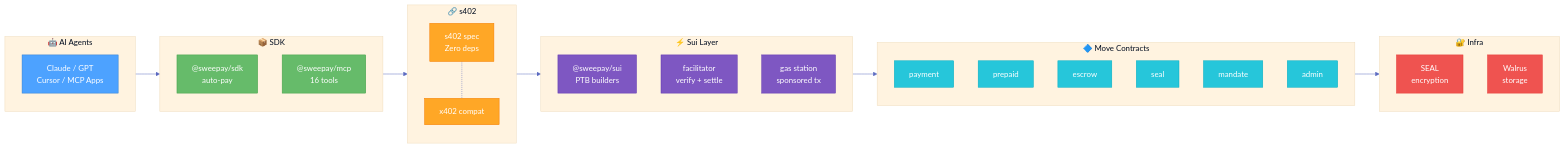
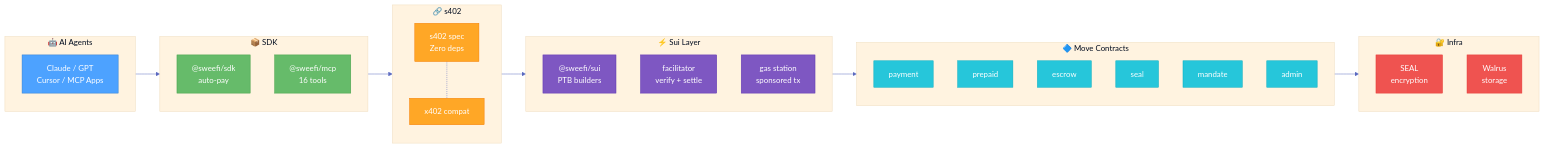
One commit to sweeinc/sweefi changed the diagram in docs/architecture.mmd. Above: the diagram before and after it, drawn with Mermaid. The commit also changed 139 other files, not shown here.

First line of the commit message:
refactor: rename @sweepay/* → @sweefi/* across monorepo (v7 rebrand)

```diff
--- a/docs/architecture.mmd
+++ b/docs/architecture.mmd
@@ -1,53 +1,53 @@
 %%{init: {'theme': 'base', 'themeVariables': { 'primaryColor': '#4DA2FF', 'primaryTextColor': '#fff', 'primaryBorderColor': '#2D7DD2', 'lineColor': '#5C6BC0', 'secondaryColor': '#E8F5E9', 'tertiaryColor': '#FFF3E0', 'fontFamily': 'Inter, system-ui, sans-serif' }}}%%
 
 graph LR
     subgraph AGENTS["🤖 AI Agents"]
         A1["Claude / GPT<br/>Cursor / MCP Apps"]
     end
 
     subgraph SDK["📦 SDK"]
-        FETCH["@sweepay/sdk<br/>auto-pay"]
-        MCP["@sweepay/mcp<br/>16 tools"]
+        FETCH["@sweefi/sdk<br/>auto-pay"]
+        MCP["@sweefi/mcp<br/>16 tools"]
     end
 
     subgraph PROTOCOL["🔗 s402"]
         CORE["s402 spec<br/>Zero deps"]
         COMPAT["x402 compat"]
     end
 
     subgraph SUI["⚡ Sui Layer"]
-        PTB["@sweepay/sui<br/>PTB builders"]
+        PTB["@sweefi/sui<br/>PTB builders"]
         FAC["facilitator<br/>verify + settle"]
         GAS["gas station<br/>sponsored tx"]
     end
 
     subgraph CHAIN["🔷 Move Contracts"]
         PAY["payment"]
         PRE["prepaid"]
         ESC["escrow"]
         SEAL_M["seal"]
         MAN["mandate"]
         ADM["admin"]
     end
 
     subgraph INFRA["🔐 Infra"]
         SEAL["SEAL<br/>encryption"]
         WAL["Walrus<br/>storage"]
     end
 
     AGENTS --> SDK --> PROTOCOL --> SUI --> CHAIN --> INFRA
     CORE -.- COMPAT
 
     classDef agents fill:#4DA2FF,stroke:#2D7DD2,color:#fff
     classDef sdk fill:#66BB6A,stroke:#43A047,color:#fff
     classDef protocol fill:#FFA726,stroke:#F57C00,color:#fff
     classDef sui fill:#7E57C2,stroke:#5E35B1,color:#fff
     classDef chain fill:#26C6DA,stroke:#00ACC1,color:#fff
     classDef seal fill:#EF5350,stroke:#E53935,color:#fff
 
     class A1 agents
     class FETCH,MCP sdk
     class CORE,COMPAT protocol
     class PTB,FAC,GAS sui
     class PAY,PRE,ESC,SEAL_M,MAN,ADM chain
     class SEAL,WAL seal
```
